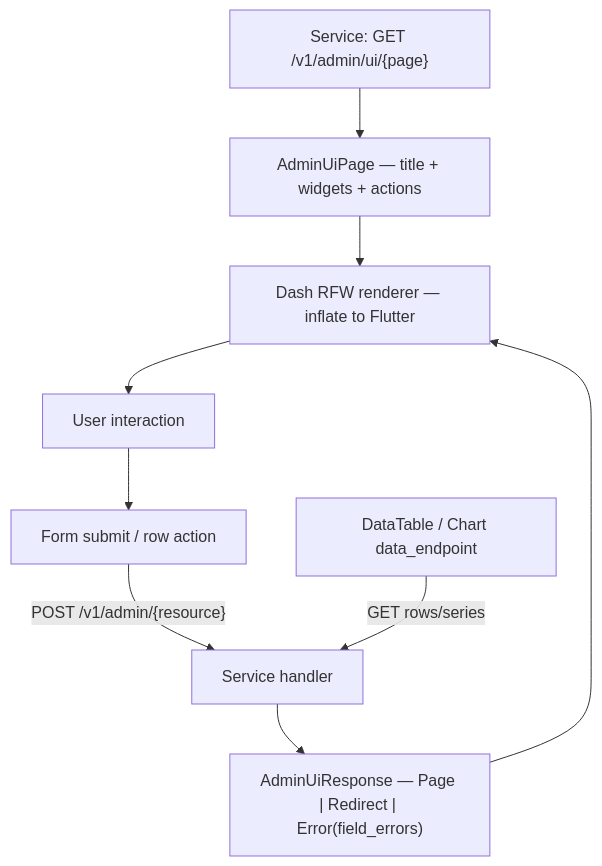
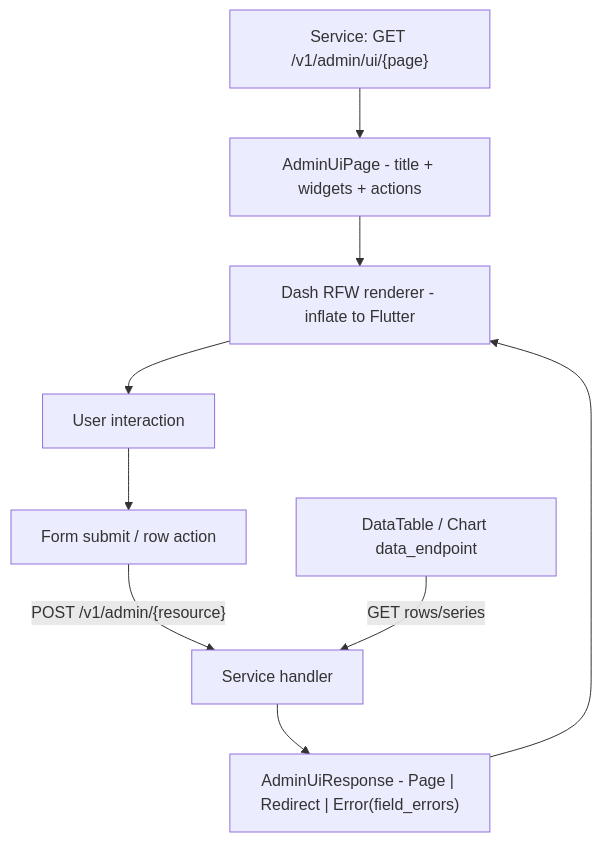
The diagram in core/rfw/README.md (Sentin8/sentin8-sdk), drawn with Mermaid before and after one commit. The commit also changed other lines of this file and 107 other files, not shown here.

````diff
--- a/core/rfw/README.md
+++ b/core/rfw/README.md
@@ -29,11 +29,11 @@
 ```mermaid
 graph TD
-    A["Service: GET /v1/admin/ui/{page}"] --> B[AdminUiPage — title + widgets + actions]
-    B --> C[Dash RFW renderer — inflate to Flutter]
+    A["Service: GET /v1/admin/ui/{page}"] --> B[AdminUiPage - title + widgets + actions]
+    B --> C[Dash RFW renderer - inflate to Flutter]
     C --> D[User interaction]
     D --> E[Form submit / row action]
     E -->|"POST /v1/admin/{resource}"| F[Service handler]
-    F --> G["AdminUiResponse — Page | Redirect | Error(field_errors)"]
+    F --> G["AdminUiResponse - Page | Redirect | Error(field_errors)"]
     G --> C
     H[DataTable / Chart data_endpoint] -->|GET rows/series| F
 ```
````
